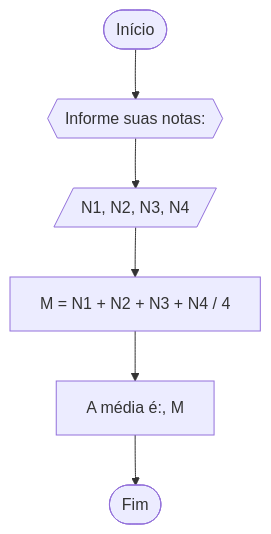
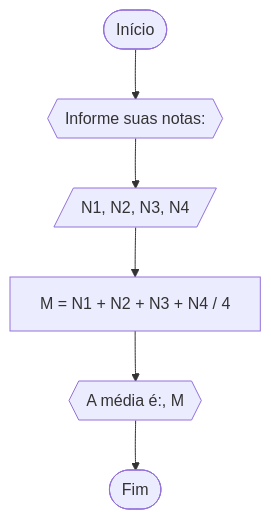
One commit to Jandih/Unifor changed the diagram in RLA/lista_exercicio_2.md. Above: the diagram before and after it, drawn with Mermaid.

`````diff
--- a/RLA/lista_exercicio_2.md
+++ b/RLA/lista_exercicio_2.md
@@ -8,8 +8,8 @@
 ````mermaid
 flowchart TD
 A([Início]) --> B{{Informe suas notas:}}
 B --> C[/N1, N2, N3, N4/]
 C --> D[M = N1 + N2 + N3 + N4 / 4]
-D --> E[A média é:, M]
+D --> E{{A média é:, M}}
 E --> F([Fim])
 ````
`````
